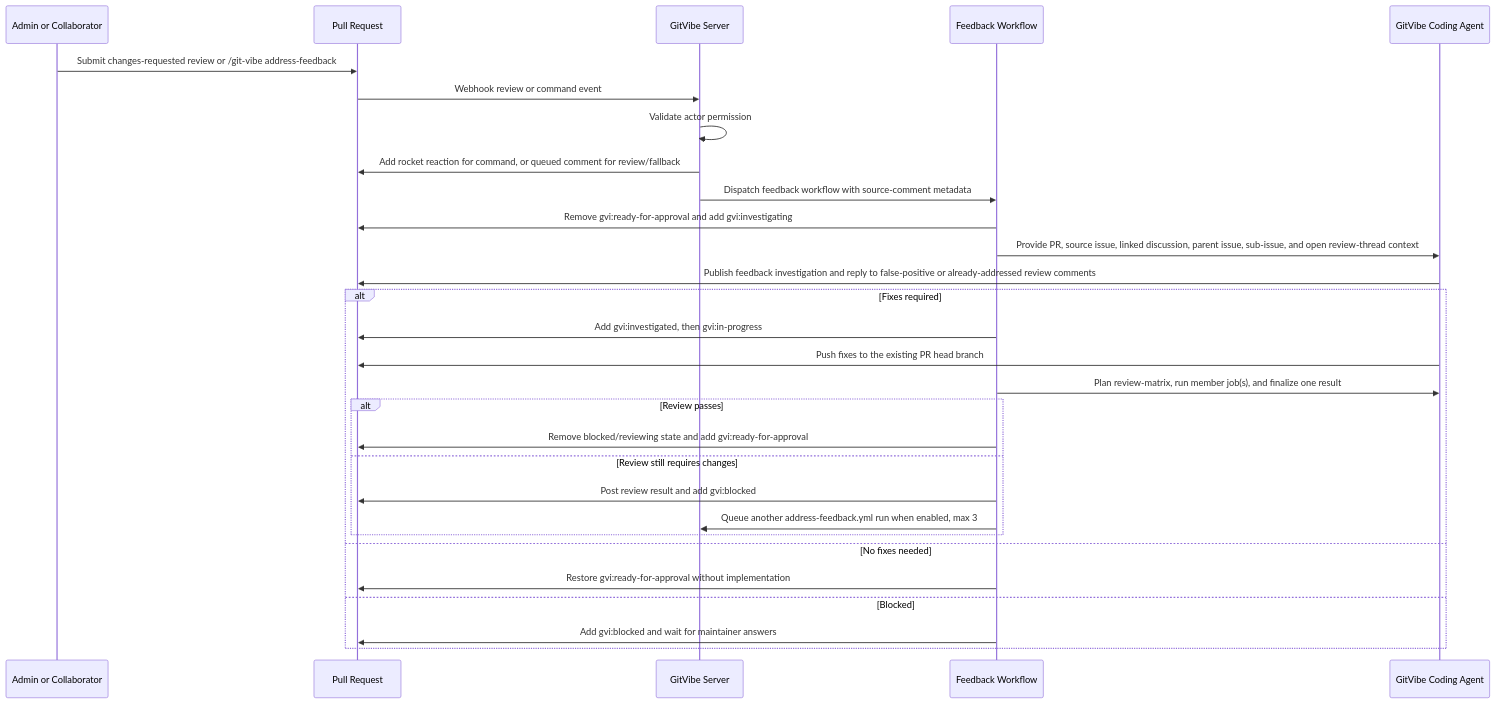
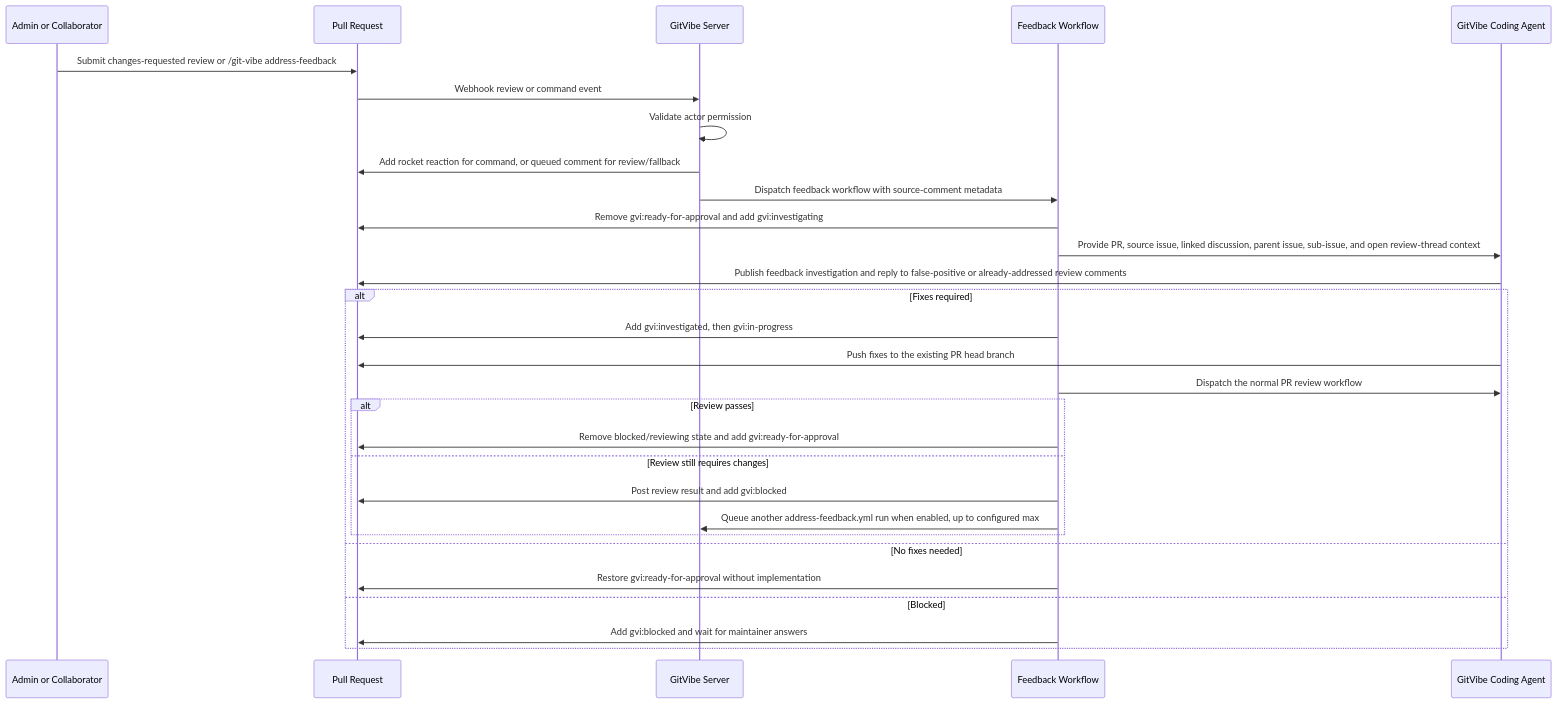
Before and after one commit to markhuangai/git-vibe: the seventh of 7 diagrams in docs/WORKFLOW.md, drawn with Mermaid. The commit also changed other lines of this file and 30 other files, not shown here.

Commit message:
chore: align v3 config and PR feedback flow

````diff
--- a/docs/WORKFLOW.md
+++ b/docs/WORKFLOW.md
@@ -402,32 +402,32 @@
 ```mermaid
 sequenceDiagram
   participant M as Admin or Collaborator
   participant PR as Pull Request
   participant App as GitVibe Server
   participant WF as Feedback Workflow
   participant Agent as GitVibe Coding Agent
 
   M->>PR: Submit changes-requested review or /git-vibe address-feedback
   PR->>App: Webhook review or command event
   App->>App: Validate actor permission
   App->>PR: Add rocket reaction for command, or queued comment for review/fallback
   App->>WF: Dispatch feedback workflow with source-comment metadata
   WF->>PR: Remove gvi:ready-for-approval and add gvi:investigating
   WF->>Agent: Provide PR, source issue, linked discussion, parent issue, sub-issue, and open review-thread context
   Agent->>PR: Publish feedback investigation and reply to false-positive or already-addressed review comments
   alt Fixes required
     WF->>PR: Add gvi:investigated, then gvi:in-progress
     Agent->>PR: Push fixes to the existing PR head branch
-    WF->>Agent: Plan review-matrix, run member job(s), and finalize one result
+    WF->>Agent: Dispatch the normal PR review workflow
     alt Review passes
       WF->>PR: Remove blocked/reviewing state and add gvi:ready-for-approval
     else Review still requires changes
       WF->>PR: Post review result and add gvi:blocked
-      WF->>App: Queue another address-feedback.yml run when enabled, max 3
+      WF->>App: Queue another address-feedback.yml run when enabled, up to configured max
     end
   else No fixes needed
     WF->>PR: Restore gvi:ready-for-approval without implementation
   else Blocked
     WF->>PR: Add gvi:blocked and wait for maintainer answers
   end
 ```
````
